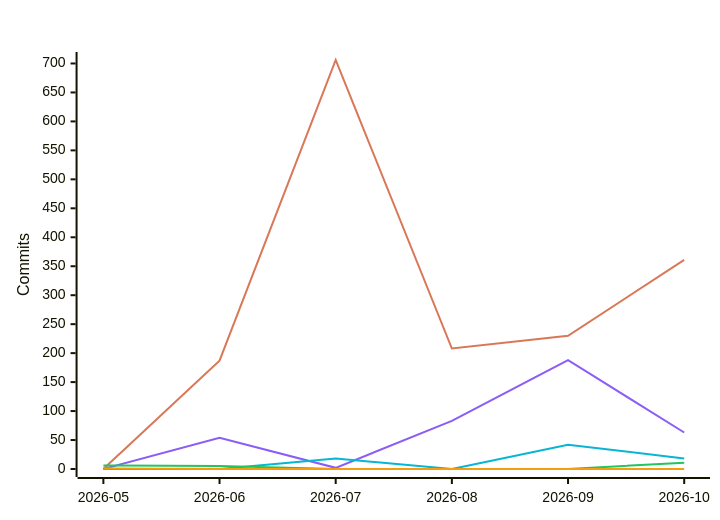
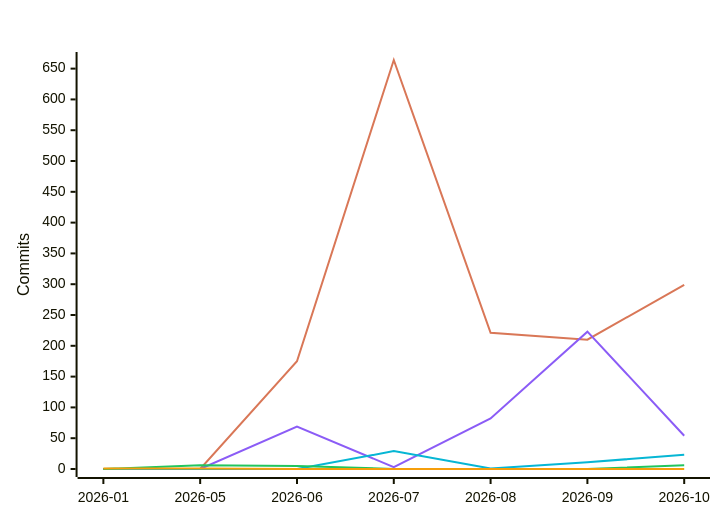
The fifth of 7 diagrams in README.md (polo-nyan/polo-nyan), drawn with Mermaid before and after one commit. The commit also changed other lines of this file and 1 other file, not shown here.

````diff
--- a/README.md
+++ b/README.md
@@ -313,12 +313,12 @@
 ```mermaid
 %%{init: {"xyChart": {"titleColor": "#ffffff", "xAxisLabelColor": "#ffffff", "yAxisLabelColor": "#ffffff"}, "themeVariables": {"xyChart": {"titleColor": "#ffffff", "plotColorPalette": "#d97757, #8b5cf6, #06b6d4, #22c55e, #f59e0b, #ec4899"}}}}%%
 xychart-beta
     title "Commits Per Month by Model Family"
-    x-axis ["2026-05", "2026-06", "2026-07", "2026-08", "2026-09", "2026-10"]
+    x-axis ["2026-01", "2026-05", "2026-06", "2026-07", "2026-08", "2026-09", "2026-10"]
     y-axis "Commits"
-    line [0, 187, 706, 208, 230, 361]
-    line [0, 54, 2, 83, 188, 63]
-    line [0, 0, 18, 0, 42, 18]
-    line [6, 5, 0, 0, 0, 11]
-    line [1, 0, 0, 0, 0, 0]
+    line [0, 0, 175, 664, 221, 210, 299]
+    line [0, 0, 69, 3, 82, 223, 54]
+    line [0, 0, 0, 29, 1, 11, 23]
+    line [0, 6, 5, 0, 0, 0, 6]
+    line [1, 1, 0, 0, 0, 0, 0]
 ```
````
